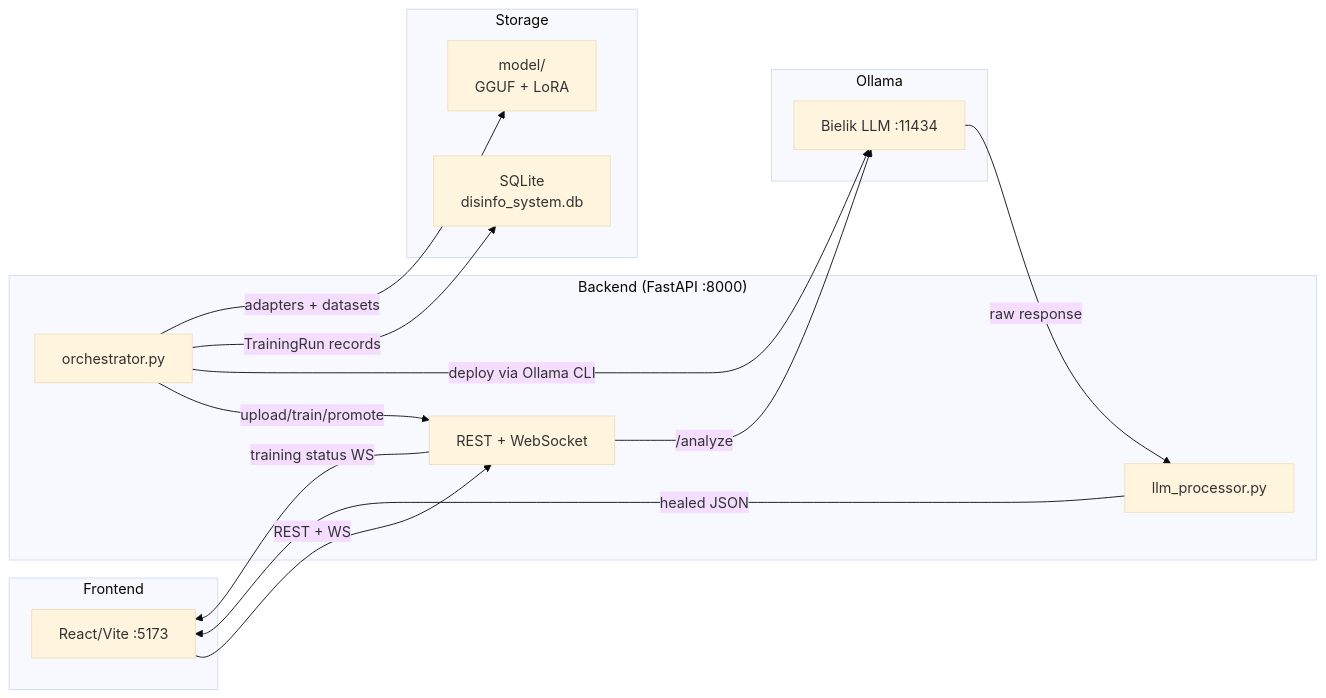
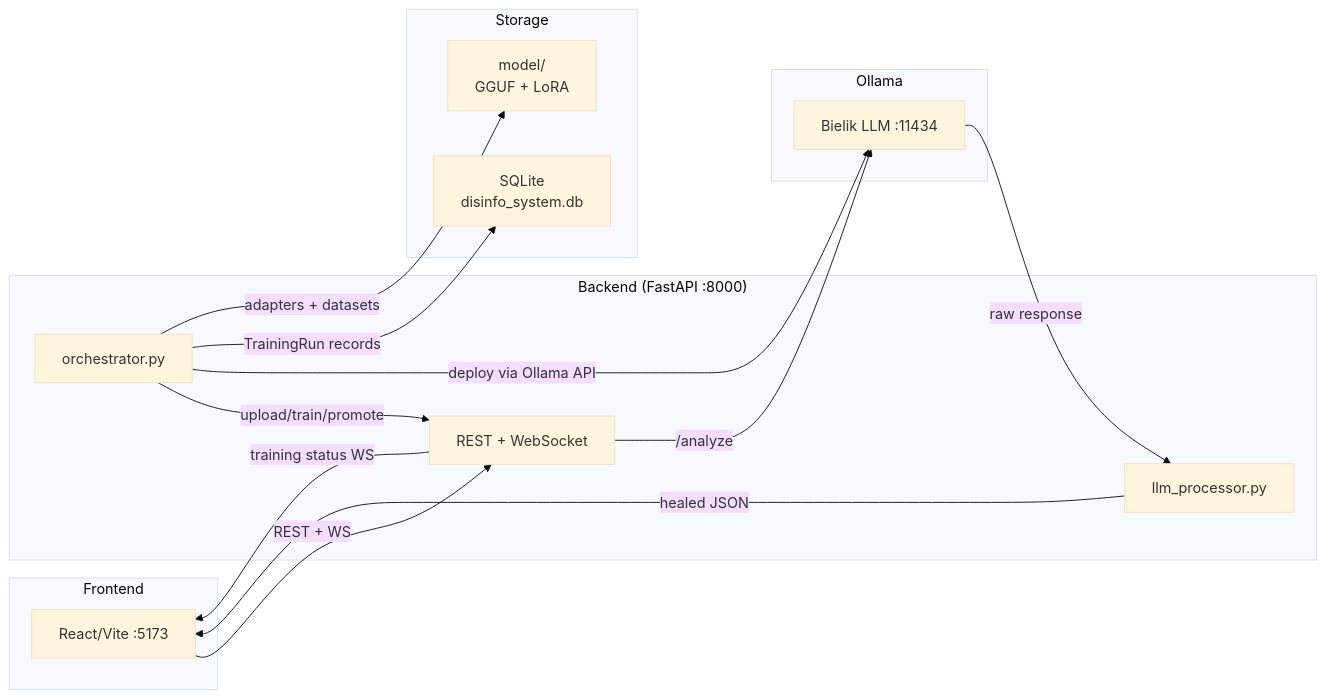
One commit to vp-1591/projekt-inzynierski changed the diagram in CLAUDE.md. Above: the diagram before and after it, drawn with Mermaid (base theme). The commit also changed other lines of this file and 3 other files, not shown here.

First line of the commit message:
fix: replace subprocess+docker-exec deployment with Ollama HTTP API

````diff
--- a/CLAUDE.md
+++ b/CLAUDE.md
@@ -33,31 +33,31 @@
 ```mermaid
 flowchart LR
   subgraph Frontend
     UI["React/Vite :5173"]
   end
 
   subgraph Backend["Backend (FastAPI :8000)"]
     API["REST + WebSocket"]
     ORCH["orchestrator.py"]
     PROC["llm_processor.py"]
   end
 
   subgraph Ollama
     LLM["Bielik LLM :11434"]
   end
 
   subgraph Storage
     DB["SQLite<br/>disinfo_system.db"]
     MODEL["model/<br/>GGUF + LoRA"]
   end
 
   UI -- "REST + WS" --> API
   API -- "/analyze" --> LLM
   LLM -- "raw response" --> PROC
   PROC -- "healed JSON" --> UI
   API -- "training status WS" --> UI
   ORCH -- "upload/train/promote" --> API
-  ORCH -- "deploy via Ollama CLI" --> LLM
+  ORCH -- "deploy via Ollama API" --> LLM
   ORCH -- "TrainingRun records" --> DB
   ORCH -- "adapters + datasets" --> MODEL
 ```
````
